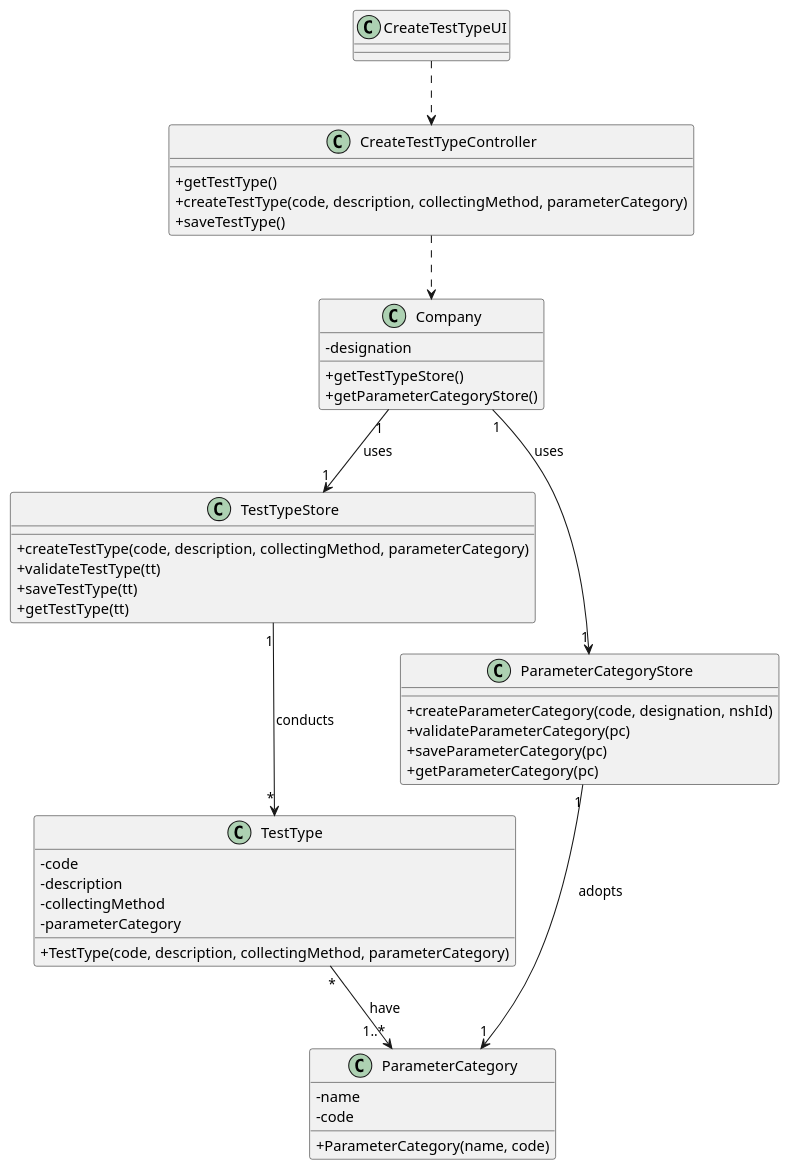
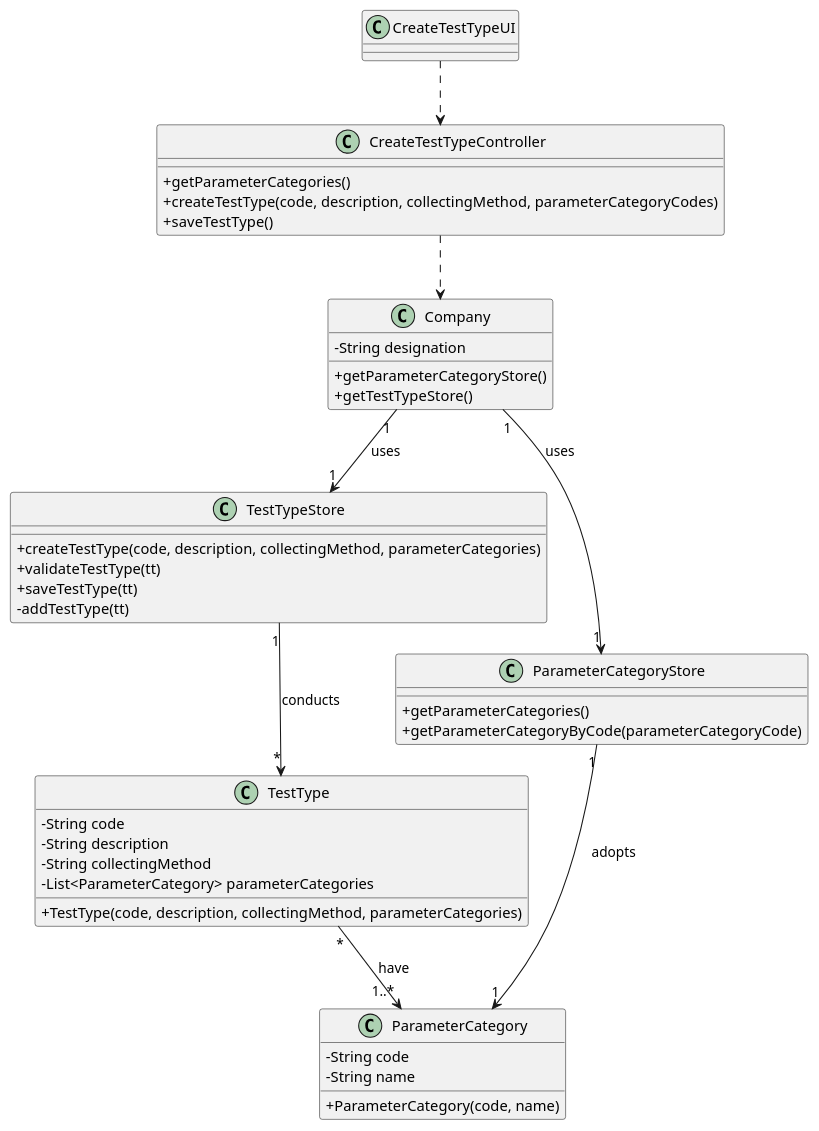
Before and after one commit to RuiRioPina/LAPR2-20-21: the diagram in docs/SprintB/US_9/UC9_CD.puml, drawn with PlantUML. The commit also changed 8 other files, not shown here.

```diff
--- a/docs/SprintB/US_9/UC9_CD.puml
+++ b/docs/SprintB/US_9/UC9_CD.puml
@@ -1,55 +1,53 @@
 @startuml
 skinparam classAttributeIconSize 0
 
 class Company
 {
-  -designation
+  -String designation
+  +getParameterCategoryStore()
   +getTestTypeStore()
-  +getParameterCategoryStore()
 }
 
 class TestTypeStore {
-  +createTestType(code, description, collectingMethod, parameterCategory)
+  +createTestType(code, description, collectingMethod, parameterCategories)
   +validateTestType(tt)
   +saveTestType(tt)
-  +getTestType(tt)
+  -addTestType(tt)
 }
 
 class ParameterCategoryStore {
-  +createParameterCategory(code, designation, nshId)
-  +validateParameterCategory(pc)
-  +saveParameterCategory(pc)
-  +getParameterCategory(pc)
+  +getParameterCategories()
+  +getParameterCategoryByCode(parameterCategoryCode)
 }
 
 class TestType {
-  -code
-  -description
-  -collectingMethod
-  -parameterCategory
-  +TestType(code, description, collectingMethod, parameterCategory)
+  -String code
+  -String description
+  -String collectingMethod
+  -List<ParameterCategory> parameterCategories
+  +TestType(code, description, collectingMethod, parameterCategories)
 }
 
 class ParameterCategory {
-  -name
-  -code
-  +ParameterCategory(name, code)
+  -String code
+  -String name
+  +ParameterCategory(code, name)
 }
 
 class CreateTestTypeUI {
 }
 
 class CreateTestTypeController {
-  +getTestType()
-  +createTestType(code, description, collectingMethod, parameterCategory)
+  +getParameterCategories()
+  +createTestType(code, description, collectingMethod, parameterCategoryCodes)
   +saveTestType()
 }
 
 CreateTestTypeUI ..> CreateTestTypeController
 CreateTestTypeController ..> Company
 Company "1" --> "1" TestTypeStore : uses
 Company "1" --> "1" ParameterCategoryStore : uses
 TestTypeStore "1" --> "*" TestType : conducts
 ParameterCategoryStore "1" --> "1" ParameterCategory : adopts
 TestType "*" --> "1..*" ParameterCategory : have
 @enduml
```
